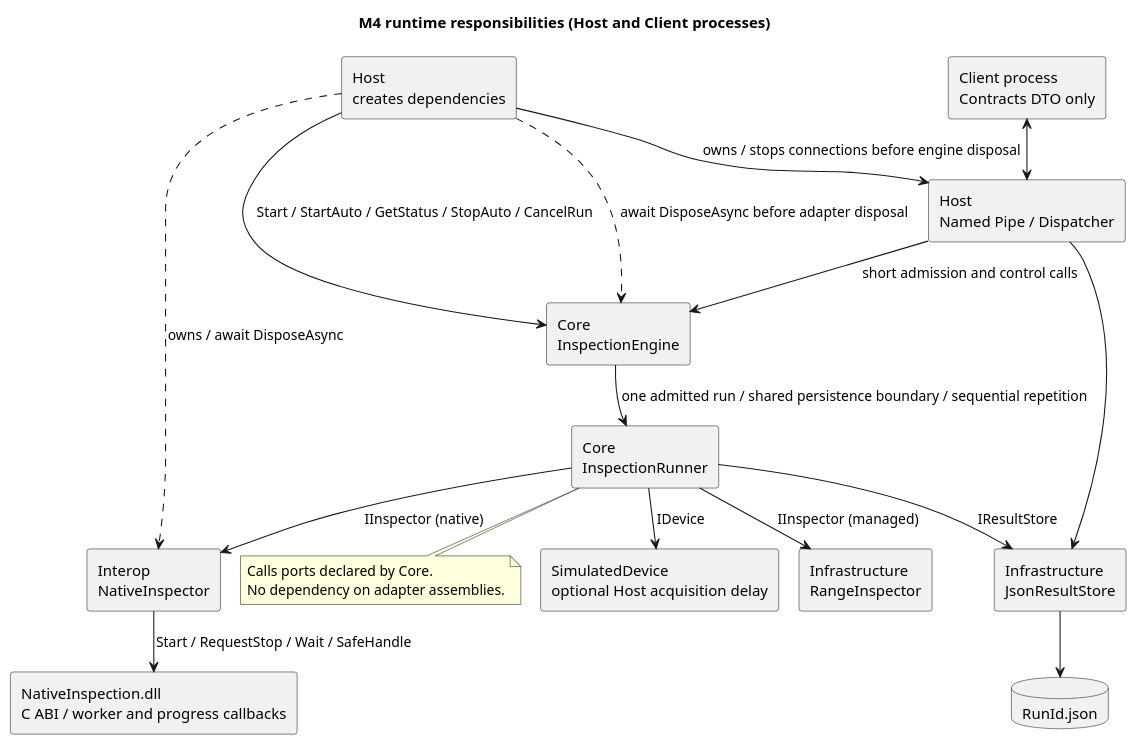
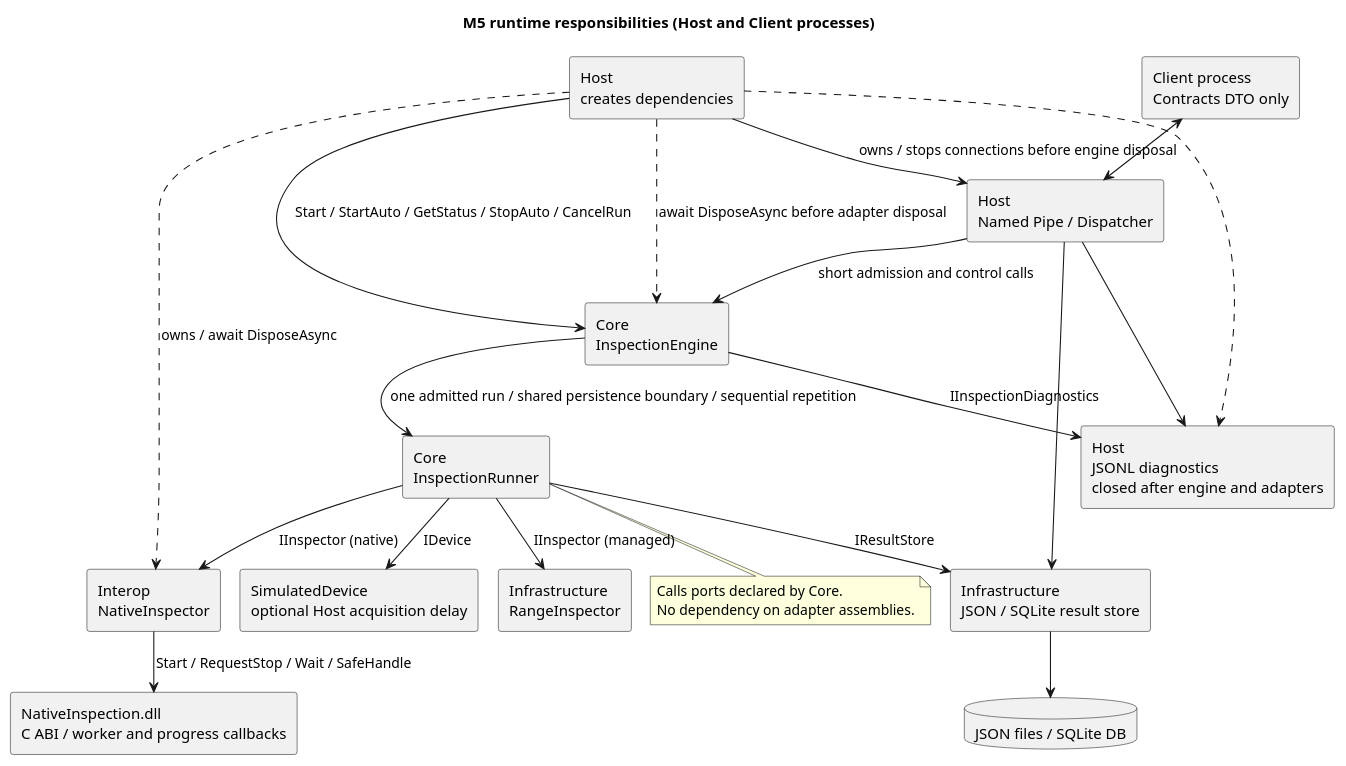
Before and after one commit to Myoungmin/CSharp-InspectionCore-Lab: the diagram in docs/diagrams/architecture.puml, drawn with PlantUML. The commit also changed 53 other files, not shown here.

First line of the commit message:
feat: add SQLite storage and structured diagnostics

```diff
--- a/docs/diagrams/architecture.puml
+++ b/docs/diagrams/architecture.puml
@@ -1,34 +1,38 @@
 @startuml architecture
 !pragma layout smetana
-title M4 runtime responsibilities (Host and Client processes)
+title M5 runtime responsibilities (Host and Client processes)
 skinparam componentStyle rectangle
 component "Host\ncreates dependencies" as Host
 component "Client process\nContracts DTO only" as Client
 component "Host\nNamed Pipe / Dispatcher" as Server
 component "Core\nInspectionEngine" as Engine
 component "Core\nInspectionRunner" as Core
 component "SimulatedDevice\noptional Host acquisition delay" as Device
 component "Infrastructure\nRangeInspector" as Inspector
 component "Interop\nNativeInspector" as Native
 component "NativeInspection.dll\nC ABI / worker and progress callbacks" as DLL
-component "Infrastructure\nJsonResultStore" as Store
-database "RunId.json" as Result
+component "Infrastructure\nJSON / SQLite result store" as Store
+database "JSON files / SQLite DB" as Result
+component "Host\nJSONL diagnostics\nclosed after engine and adapters" as Log
 Host --> Engine : Start / StartAuto / GetStatus / StopAuto / CancelRun
 Client <--> Server
 Host --> Server : owns / stops connections before engine disposal
 Server --> Engine : short admission and control calls
 Server --> Store
+Server --> Log
+Engine --> Log : IInspectionDiagnostics
+Host ..> Log
 Engine --> Core : one admitted run / shared persistence boundary / sequential repetition
 Host ..> Engine : await DisposeAsync before adapter disposal
 Core --> Device : IDevice
 Core --> Inspector : IInspector (managed)
 Core --> Native : IInspector (native)
 Native --> DLL : Start / RequestStop / Wait / SafeHandle
 Host ..> Native : owns / await DisposeAsync
 Core --> Store : IResultStore
 Store --> Result
 note bottom of Core
 Calls ports declared by Core.
 No dependency on adapter assemblies.
 end note
 @enduml
```
